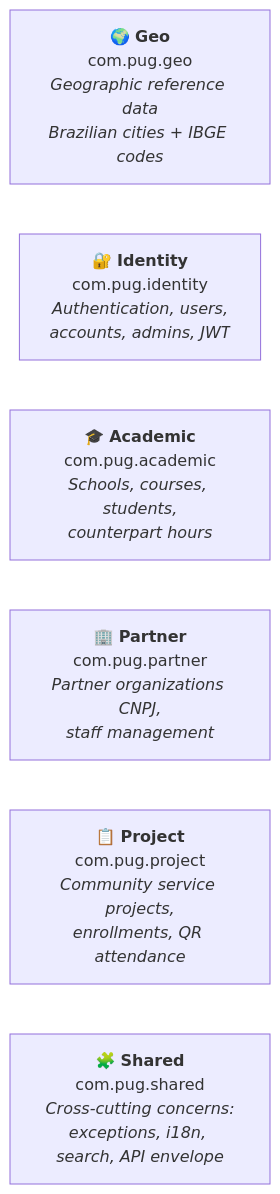
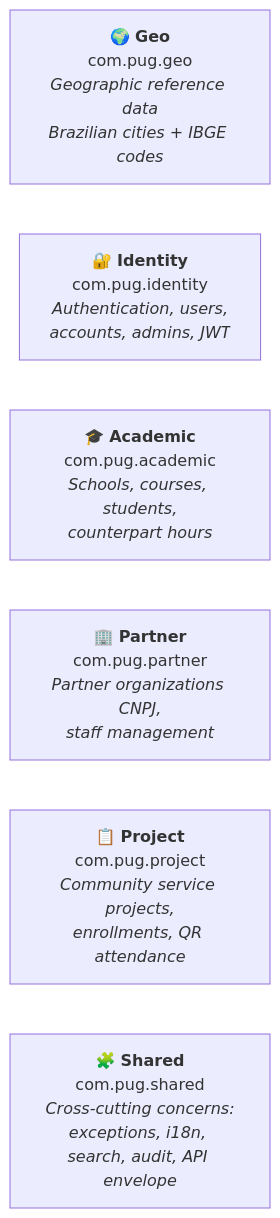
Before and after one commit to Plataforma-Universidade-Gratuita/pug-service: the third of 6 diagrams in README.md, drawn with Mermaid. The commit also changed other lines of this file and 31 other files, not shown here.

````diff
--- a/README.md
+++ b/README.md
@@ -115,9 +127,9 @@
 ```mermaid
 graph LR
     GEO["🌍 <b>Geo</b><br/>com.pug.geo<br/><i>Geographic reference data<br/>Brazilian cities + IBGE codes</i>"]
     IDENTITY["🔐 <b>Identity</b><br/>com.pug.identity<br/><i>Authentication, users,<br/>accounts, admins, JWT</i>"]
     ACADEMIC["🎓 <b>Academic</b><br/>com.pug.academic<br/><i>Schools, courses, students,<br/>counterpart hours</i>"]
     PARTNER["🏢 <b>Partner</b><br/>com.pug.partner<br/><i>Partner organizations CNPJ,<br/>staff management</i>"]
     PROJECT["📋 <b>Project</b><br/>com.pug.project<br/><i>Community service projects,<br/>enrollments, QR attendance</i>"]
-    SHARED["🧩 <b>Shared</b><br/>com.pug.shared<br/><i>Cross-cutting concerns:<br/>exceptions, i18n, search, API envelope</i>"]
+    SHARED["🧩 <b>Shared</b><br/>com.pug.shared<br/><i>Cross-cutting concerns:<br/>exceptions, i18n, search, audit, API envelope</i>"]
 ```
````
